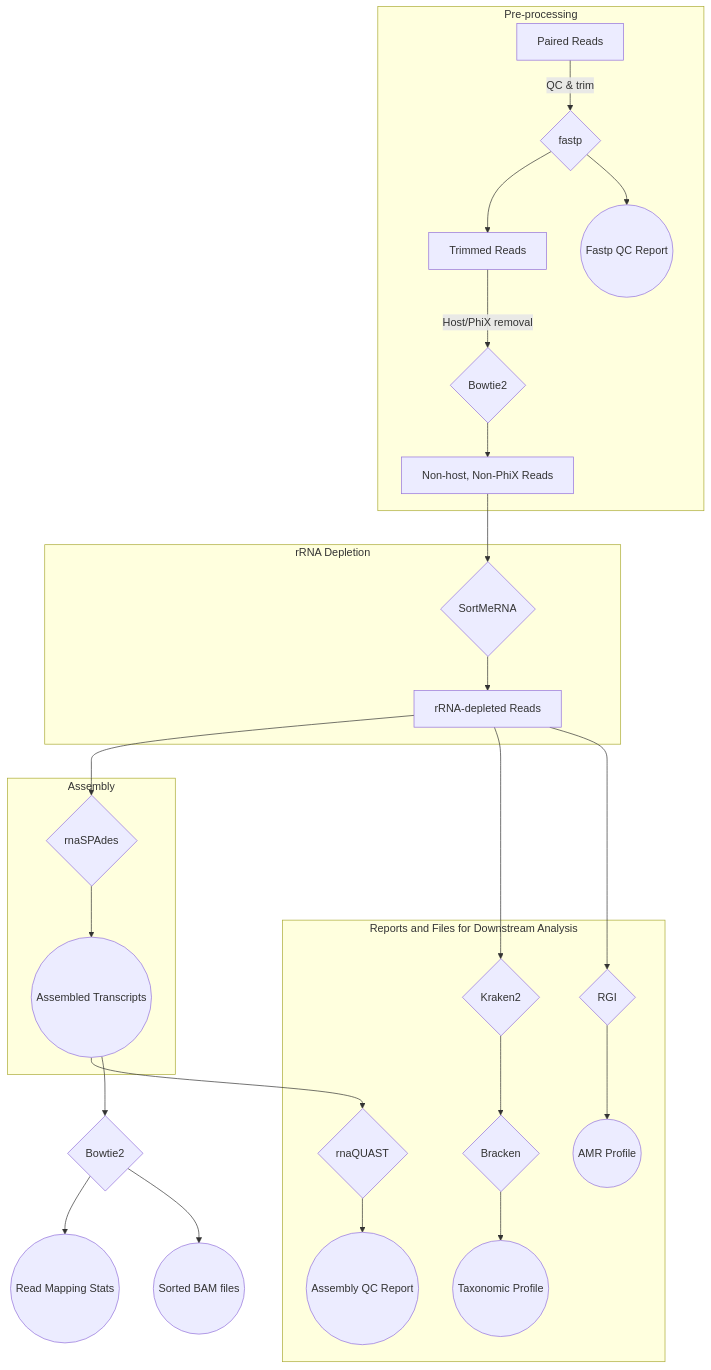
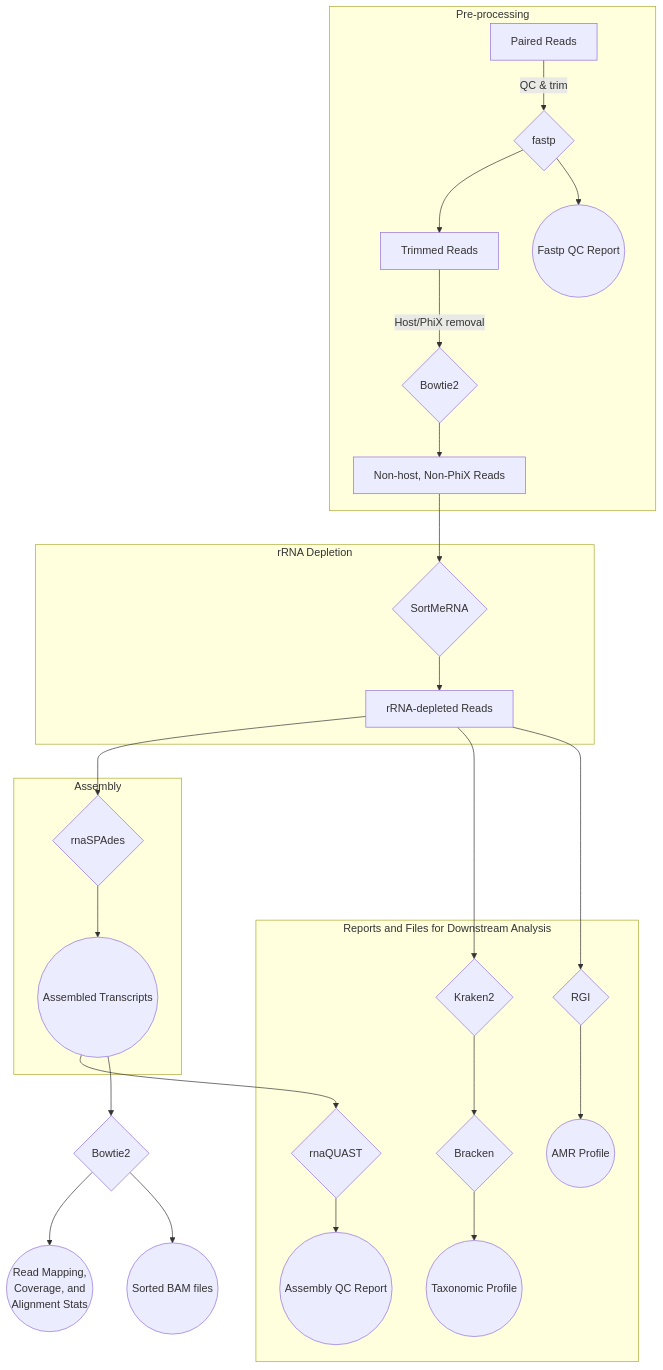
Before and after one commit to AAFC-Bioinfo-AAC/metatranscriptomics-snakemake: the diagram in README.md, drawn with Mermaid. The commit also changed other lines of this file, not shown here.

Commit message:
Update rule rgi_reload_database and updated the flowchart

````diff
--- a/README.md
+++ b/README.md
@@ -105,38 +102,40 @@
  ```mermaid 
  flowchart TD
     %% Title
     %% Metatranscriptome Assembly and Analysis Pipeline
 
     subgraph PREPROC [Pre-processing]
         A[Paired Reads] -->|QC & trim| B{fastp}
         B --> C[Trimmed Reads]
         B --> L((Fastp QC Report))
         C -->|Host/PhiX removal| D{Bowtie2}
         D --> E[Non-host, Non-PhiX Reads]
     end
 
     subgraph DEPLETION [rRNA Depletion]
         E --> F{SortMeRNA}
         F --> G[rRNA-depleted Reads]
     end
 
     subgraph ASSEMBLY [Assembly]
         G --> H{rnaSPAdes}
         H --> I((Assembled Transcripts))
     end
 
     subgraph QC_REPORTS [Reports and Files for Downstream Analysis]
         I --> S{rnaQUAST}
         S --> U((Assembly QC Report))
         G --> M{Kraken2}
         M --> N{Bracken}
         N --> O((Taxonomic Profile))
         G --> W{RGI}
         W --> Q((AMR Profile))
     end
 
     %% Optional transition from assembled transcripts back to Bowtie2 mapping (read support check)
     I --> T{Bowtie2}
-    T --> V((Read Mapping Stats))
+    T --> V((Read Mapping, 
+            Coverage, and
+            Alignment Stats))
     T --> X((Sorted BAM files))
 ```
````
